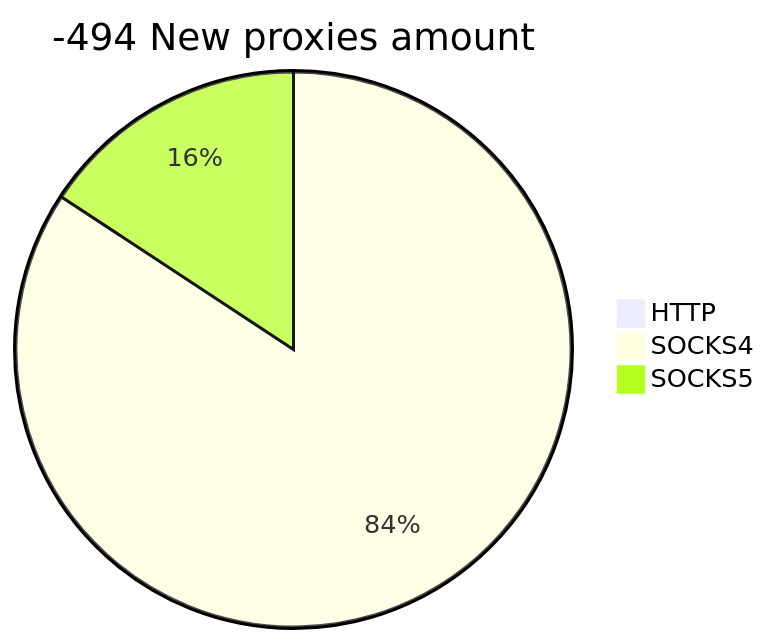
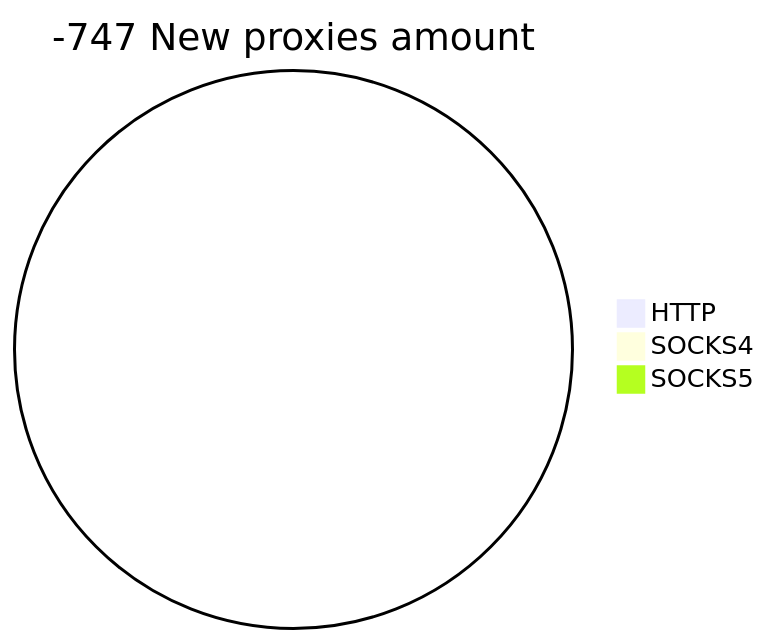
One commit to cutipu/proxylist changed the second of 2 diagrams in README.md. Above: the diagram before and after it, drawn with Mermaid. The commit also changed other lines of this file, not shown here.

````diff
--- a/README.md
+++ b/README.md
@@ -10,6 +10,6 @@
 ```mermaid
-pie title -494 New proxies amount
+pie title -747 New proxies amount
     "HTTP" : 0
-    "SOCKS4" : 273
-    "SOCKS5" : 51
+    "SOCKS4" : 0
+    "SOCKS5" : 0
 ```
````
